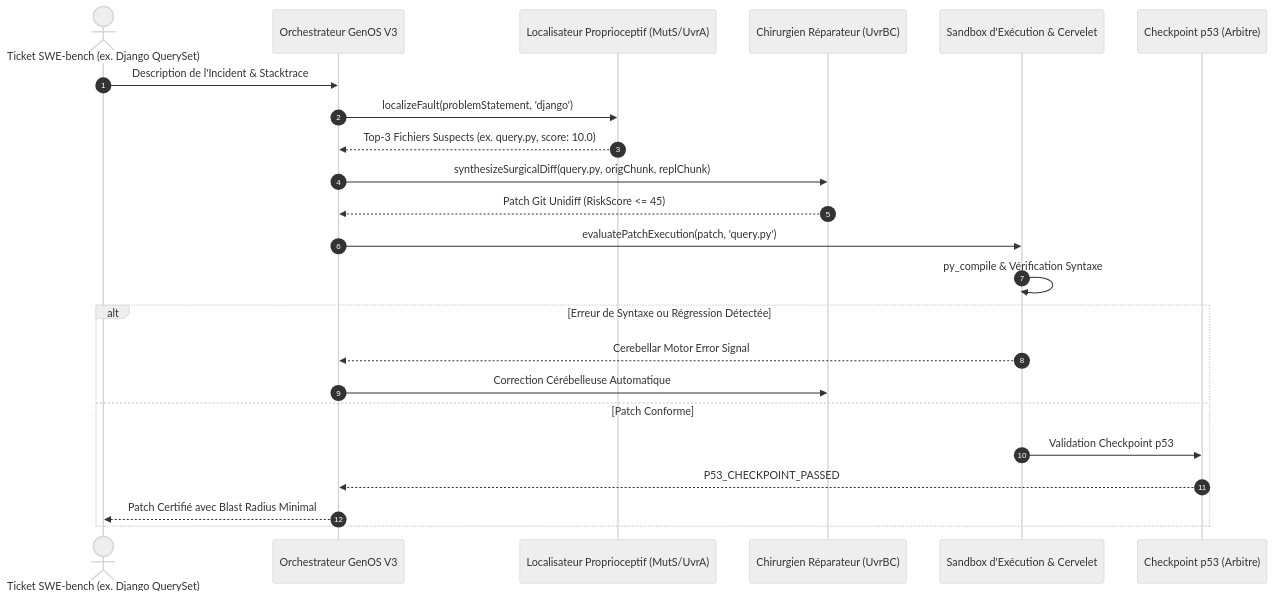
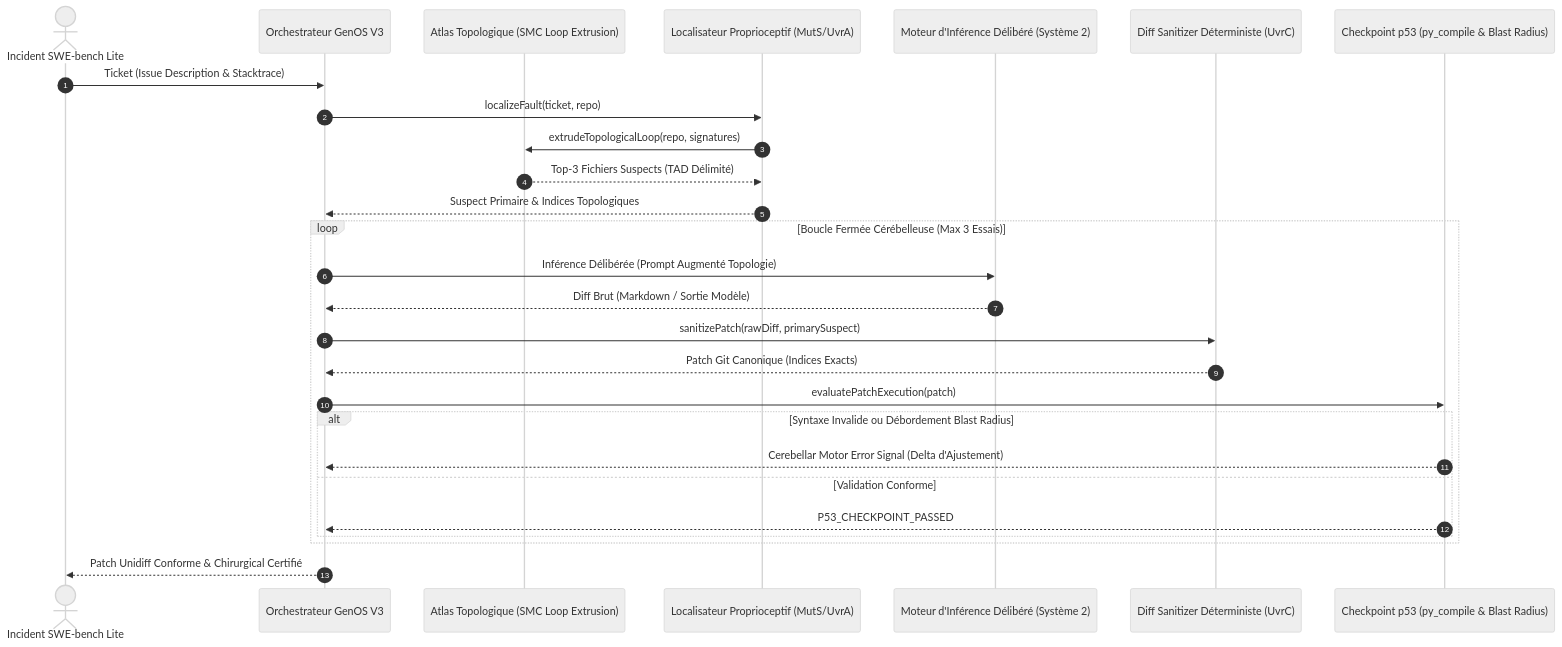
One commit to PISSARAW/GenOS changed the third of 3 diagrams in docs/BIOMIMETIC_SOFTWARE_REPAIR.md. Above: the diagram before and after it, drawn with Mermaid (neutral theme). The commit also changed other lines of this file and 1 other file, not shown here.

Commit message:
[DOC] Documentation enrichie de l'architecture biomimetique et suite de validation SWE-bench V3

````diff
--- a/docs/BIOMIMETIC_SOFTWARE_REPAIR.md
+++ b/docs/BIOMIMETIC_SOFTWARE_REPAIR.md
@@ -89,29 +97,33 @@
 ```mermaid
 sequenceDiagram
     autonumber
-    actor Issue as Ticket SWE-bench (ex. Django QuerySet)
+    actor Issue as Incident SWE-bench Lite
     participant Orch as Orchestrateur GenOS V3
+    participant Atlas as Atlas Topologique (SMC Loop Extrusion)
     participant Localizer as Localisateur Proprioceptif (MutS/UvrA)
-    participant Surgeon as Chirurgien Réparateur (UvrBC)
-    participant Sandbox as Sandbox d'Exécution & Cervelet
-    participant GateP53 as Checkpoint p53 (Arbitre)
+    participant LLM as Moteur d'Inférence Délibéré (Système 2)
+    participant Sanitizer as Diff Sanitizer Déterministe (UvrC)
+    participant P53 as Checkpoint p53 (py_compile & Blast Radius)
 
-    Issue->>Orch: Description de l'Incident & Stacktrace
-    Orch->>Localizer: localizeFault(problemStatement, 'django')
-    Localizer-->>Orch: Top-3 Fichiers Suspects (ex. query.py, score: 10.0)
+    Issue->>Orch: Ticket (Issue Description & Stacktrace)
+    Orch->>Localizer: localizeFault(ticket, repo)
+    Localizer->>Atlas: extrudeTopologicalLoop(repo, signatures)
+    Atlas-->>Localizer: Top-3 Fichiers Suspects (TAD Délimité)
+    Localizer-->>Orch: Suspect Primaire & Indices Topologiques
     
-    Orch->>Surgeon: synthesizeSurgicalDiff(query.py, origChunk, replChunk)
-    Surgeon-->>Orch: Patch Git Unidiff (RiskScore <= 45)
+    loop Boucle Fermée Cérébelleuse (Max 3 Essais)
+        Orch->>LLM: Inférence Délibérée (Prompt Augmenté Topologie)
+        LLM-->>Orch: Diff Brut (Markdown / Sortie Modèle)
+        Orch->>Sanitizer: sanitizePatch(rawDiff, primarySuspect)
+        Sanitizer-->>Orch: Patch Git Canonique (Indices Exacts)
+        Orch->>P53: evaluatePatchExecution(patch)
+        
+        alt Syntaxe Invalide ou Débordement Blast Radius
+            P53-->>Orch: Cerebellar Motor Error Signal (Delta d'Ajustement)
+        else Validation Conforme
+            P53-->>Orch: P53_CHECKPOINT_PASSED
+        end
+    end
     
-    Orch->>Sandbox: evaluatePatchExecution(patch, 'query.py')
-    Sandbox->>Sandbox: py_compile & Vérification Syntaxe
-    
-    alt Erreur de Syntaxe ou Régression Détectée
-        Sandbox-->>Orch: Cerebellar Motor Error Signal
-        Orch->>Surgeon: Correction Cérébelleuse Automatique
-    else Patch Conforme
-        Sandbox->>GateP53: Validation Checkpoint p53
-        GateP53-->>Orch: P53_CHECKPOINT_PASSED
-        Orch-->>Issue: Patch Certifié avec Blast Radius Minimal
-    end
+    Orch-->>Issue: Patch Unidiff Conforme & Chirurgical Certifié
 ```
````
